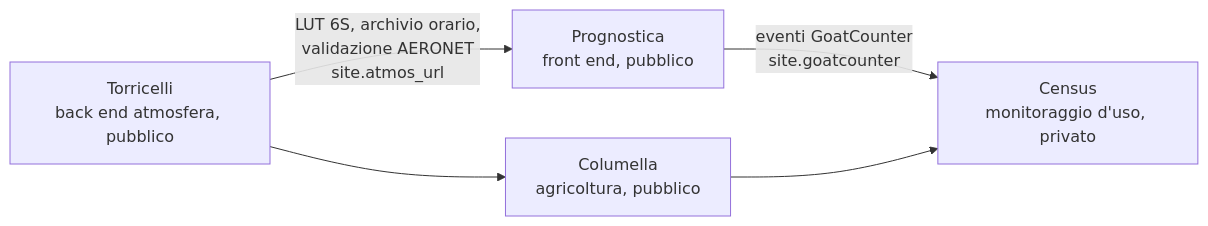
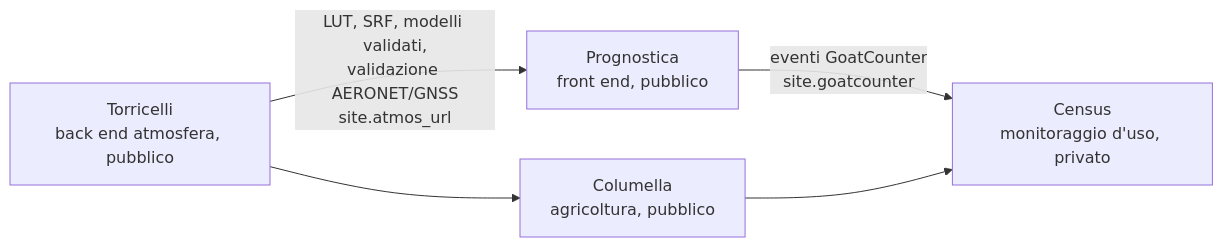
The fourth of 5 diagrams in docs/COME_FUNZIONA.md (francescorossi3/prognostica), drawn with Mermaid before and after one commit. The commit also changed other lines of this file and 4 other files, not shown here.

````diff
--- a/docs/COME_FUNZIONA.md
+++ b/docs/COME_FUNZIONA.md
@@ -90,11 +90,11 @@
 ```mermaid
 flowchart LR
   P[Prognostica<br>front end, pubblico]
   Co[Columella<br>agricoltura, pubblico]
   T[Torricelli<br>back end atmosfera, pubblico]
   C[Census<br>monitoraggio d'uso, privato]
-  T -->|LUT 6S, archivio orario,<br>validazione AERONET<br>site.atmos_url| P
+  T -->|LUT, SRF, modelli validati,<br>validazione AERONET/GNSS<br>site.atmos_url| P
   T --> Co
   P -->|eventi GoatCounter<br>site.goatcounter| C
   Co --> C
 ```
````
